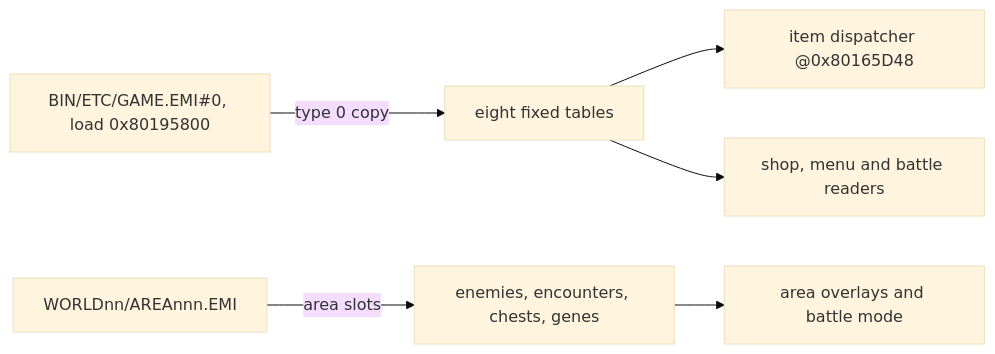
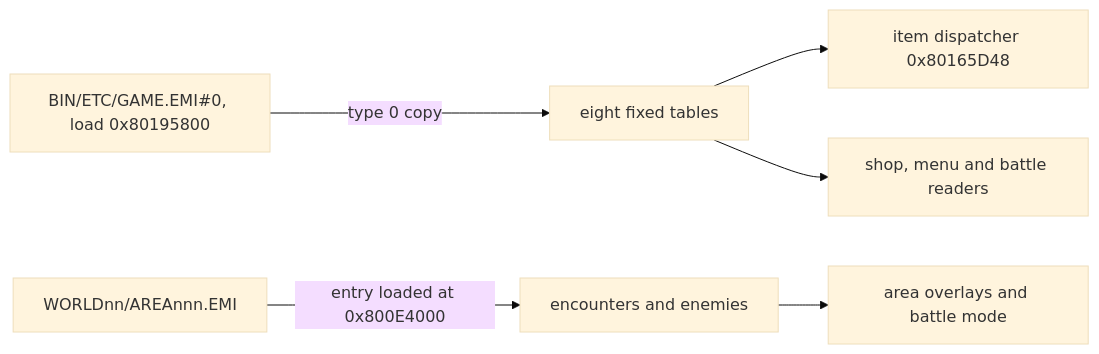
Before and after one commit to kerokline/bof3-wiki: the diagram in src/game/records.md, drawn with Mermaid (base theme). The commit also changed other lines of this file, not shown here.

Commit message:
docs(wiki): rewrite game records, move item offsets in, mark save-layout tags

````diff
--- a/src/game/records.md
+++ b/src/game/records.md
@@ -76,8 +62,8 @@
 ```mermaid
 flowchart LR
     E["BIN/ETC/GAME.EMI#0, load 0x80195800"] -->|"type 0 copy"| T["eight fixed tables"]
-    T --> D["item dispatcher @0x80165D48"]
+    T --> D["item dispatcher 0x80165D48"]
     T --> M["shop, menu and battle readers"]
-    A["WORLDnn/AREAnnn.EMI"] -->|"area slots"| B["enemies, encounters, chests, genes"]
+    A["WORLDnn/AREAnnn.EMI"] -->|"entry loaded at 0x800E4000"| B["encounters and enemies"]
     B --> W["area overlays and battle mode"]
 ```
````
